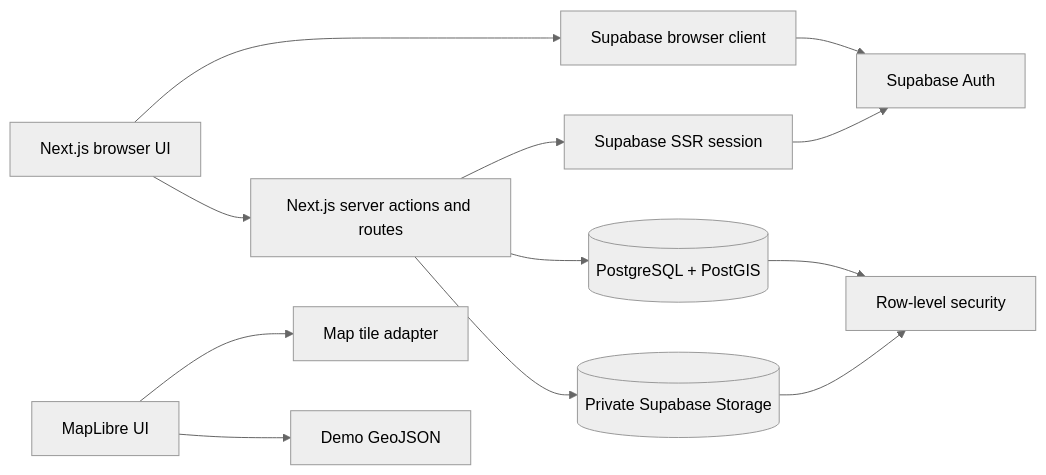
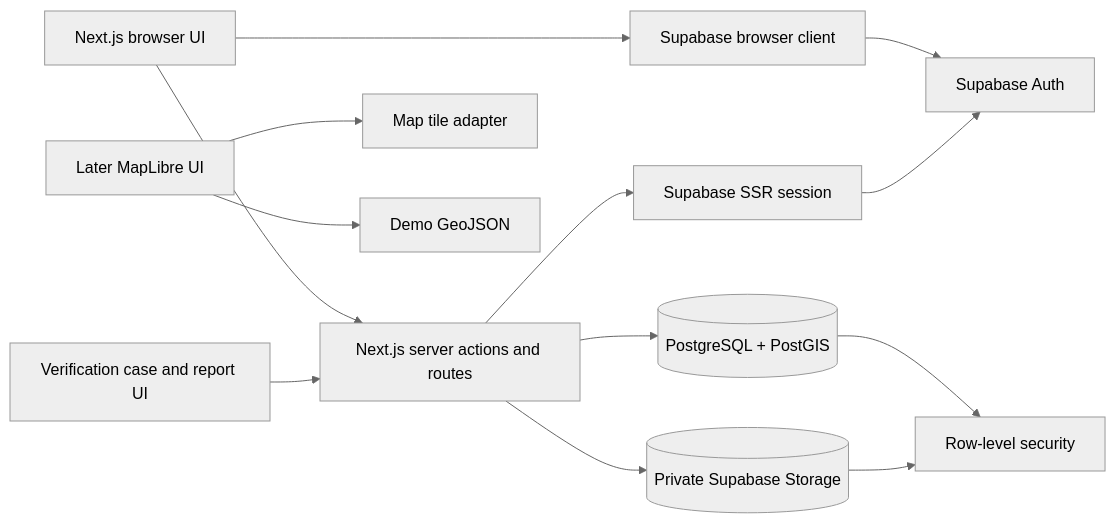
One commit to bakareolamilekan365-tech/APEXGROVE changed the second of 2 diagrams in docs/18-PROTOTYPE-FLOW-AND-DELIVERY-MAP.md. Above: the diagram before and after it, drawn with Mermaid (neutral theme). The commit also changed other lines of this file and 72 other files, not shown here.

````diff
--- a/docs/18-PROTOTYPE-FLOW-AND-DELIVERY-MAP.md
+++ b/docs/18-PROTOTYPE-FLOW-AND-DELIVERY-MAP.md
@@ -45,14 +45,15 @@
 ```mermaid
 flowchart LR
     Browser[Next.js browser UI] --> Client[Supabase browser client]
     Browser --> Server[Next.js server actions and routes]
     Server --> Session[Supabase SSR session]
     Client --> Auth[Supabase Auth]
     Session --> Auth
     Server --> Database[(PostgreSQL + PostGIS)]
     Server --> Storage[(Private Supabase Storage)]
-    Map[MapLibre UI] --> Tiles[Map tile adapter]
+    Case[Verification case and report UI] --> Server
+    Map[Later MapLibre UI] --> Tiles[Map tile adapter]
     Map --> GeoJSON[Demo GeoJSON]
     Database --> RLS[Row-level security]
     Storage --> RLS
 ```
````
